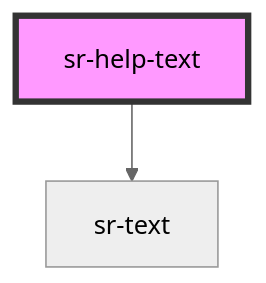
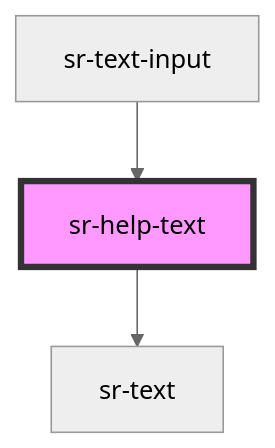
The diagram in src/components/form/sr-helptext/readme.md (tonyblu331/spotify-replay-design-system), drawn with Mermaid (neutral theme) before and after one commit. The commit also changed other lines of this file and 4 other files, not shown here.

Commit message:
add text input property

````diff
--- a/src/components/form/sr-helptext/readme.md
+++ b/src/components/form/sr-helptext/readme.md
@@ -26,5 +30,6 @@
 ```mermaid
 graph TD;
   sr-help-text --> sr-text
+  sr-text-input --> sr-help-text
   style sr-help-text fill:#f9f,stroke:#333,stroke-width:4px
 ```
````
